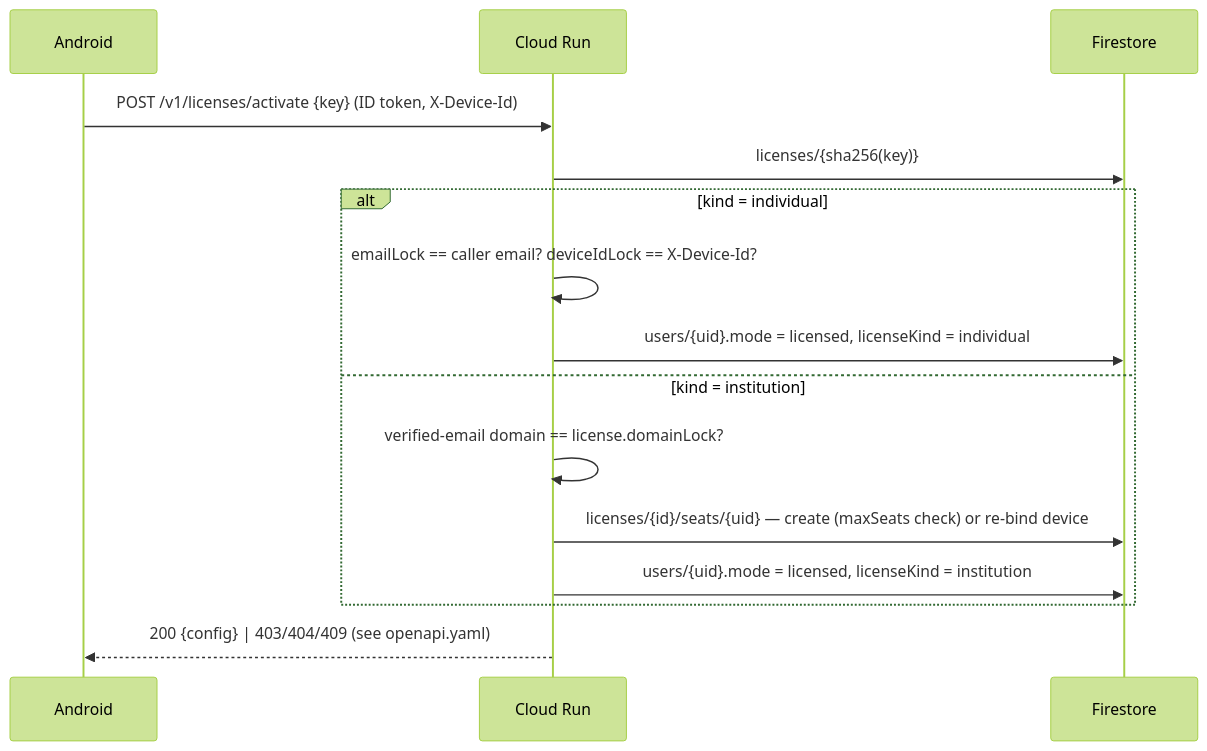
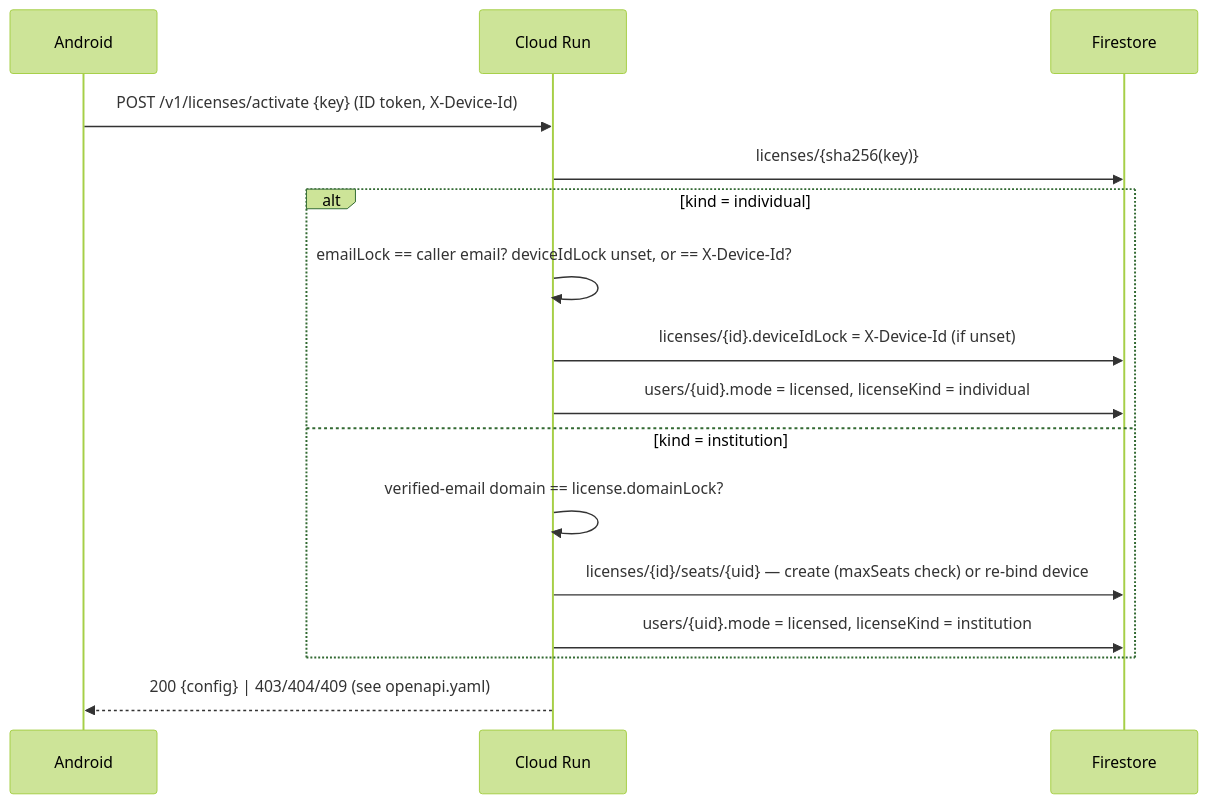
The fifth of 5 diagrams in docs/backend/CLOUD_ARCHITECTURE_GCP.md (sempermechanics/material_testing), drawn with Mermaid (forest theme) before and after one commit. The commit also changed other lines of this file and 9 other files, not shown here.

````diff
--- a/docs/backend/CLOUD_ARCHITECTURE_GCP.md
+++ b/docs/backend/CLOUD_ARCHITECTURE_GCP.md
@@ -969,17 +1007,18 @@
 ```mermaid
 sequenceDiagram
     participant A as Android
     participant R as Cloud Run
     participant F as Firestore
     A->>R: POST /v1/licenses/activate {key} (ID token, X-Device-Id)
     R->>F: licenses/{sha256(key)}
     alt kind = individual
-        R->>R: emailLock == caller email? deviceIdLock == X-Device-Id?
+        R->>R: emailLock == caller email? deviceIdLock unset, or == X-Device-Id?
+        R->>F: licenses/{id}.deviceIdLock = X-Device-Id (if unset)
         R->>F: users/{uid}.mode = licensed, licenseKind = individual
     else kind = institution
         R->>R: verified-email domain == license.domainLock?
         R->>F: licenses/{id}/seats/{uid} — create (maxSeats check) or re-bind device
         R->>F: users/{uid}.mode = licensed, licenseKind = institution
     end
     R-->>A: 200 {config} | 403/404/409 (see openapi.yaml)
 ```
````
